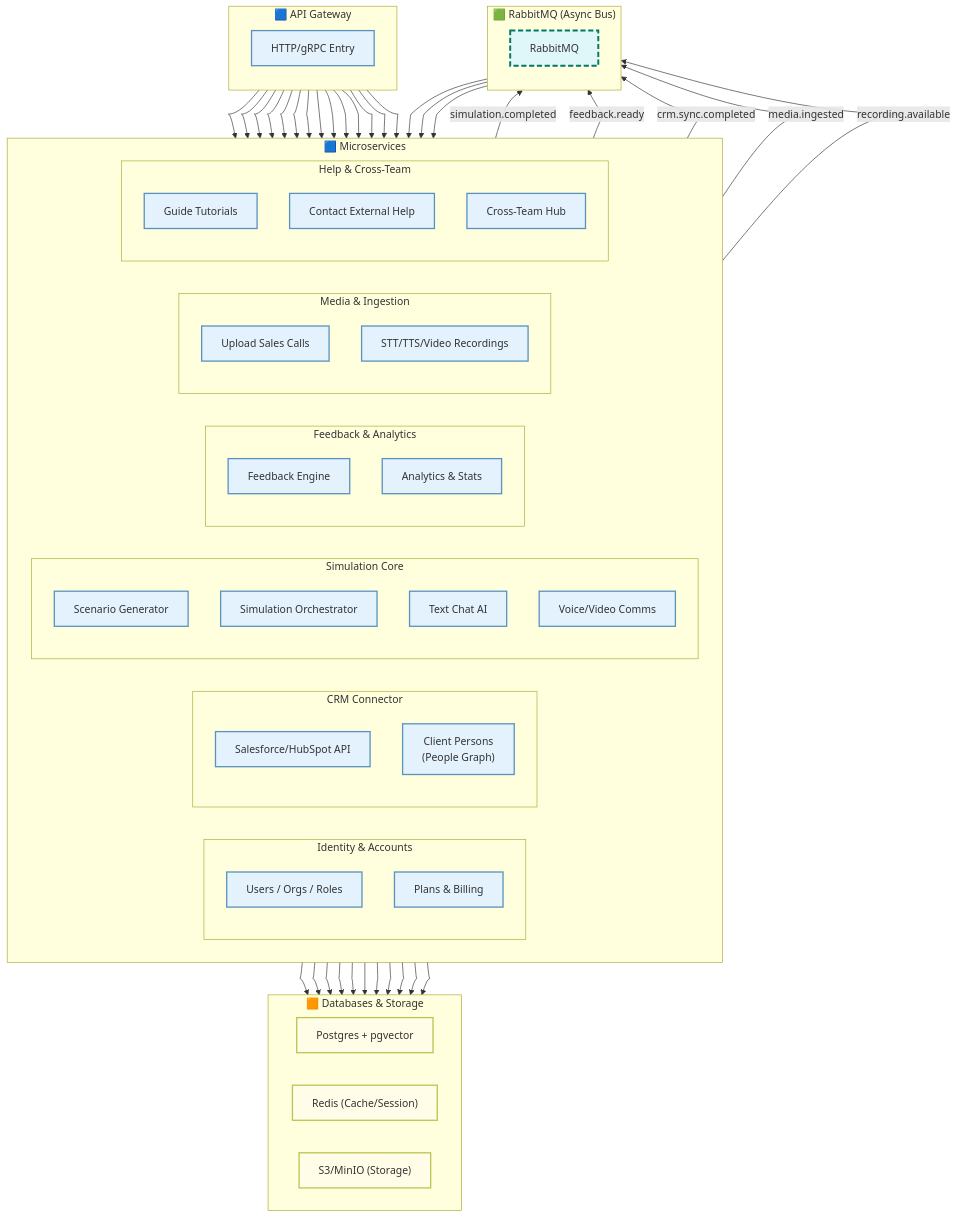
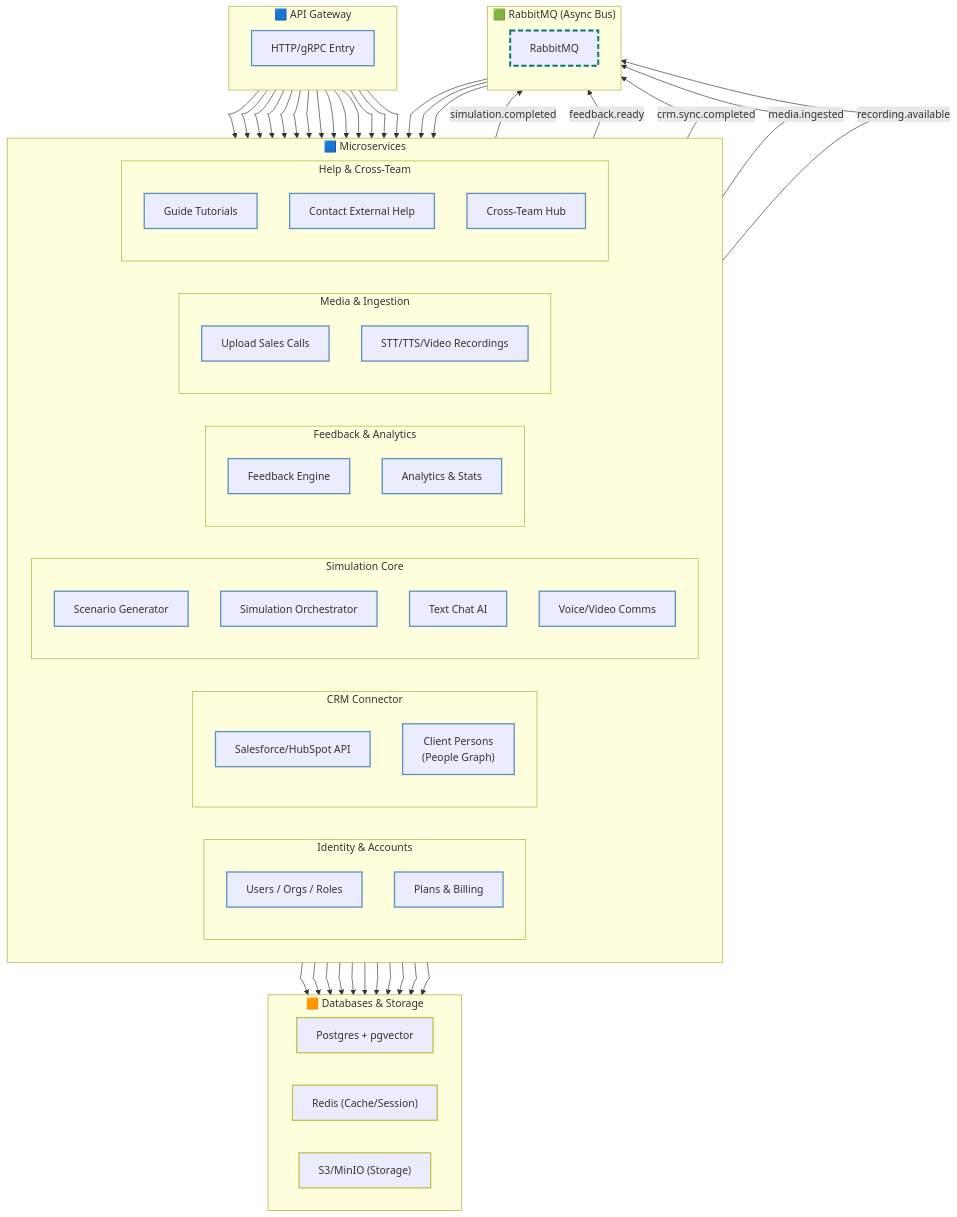
Before and after one commit to MmagdyHafezZ/pitch: the diagram in docs/architecture/Detailed-Graph.mmd, drawn with Mermaid. The commit also changed 21 other files, not shown here.

Commit message:
docs: architecture diagrams for Simulation and User Management

```diff
--- a/docs/architecture/Detailed-Graph.mmd
+++ b/docs/architecture/Detailed-Graph.mmd
@@ -1,120 +1,120 @@
 %%{init: {"flowchart": {"curve": "monotoneX"}} }%%
 flowchart TB
     %% GATEWAY %%
     subgraph Gateway["🟦 API Gateway"]
       direction TB
       G["HTTP/gRPC Entry"]:::svc
     end
 
     %% MICROSERVICES GROUP %%
     subgraph Microservices["🟦 Microservices"]
       direction LR
 
       %% Identity
       subgraph Identity["Identity & Accounts"]
         direction TB
         I1["Users / Orgs / Roles"]:::svc
         I2["Plans & Billing"]:::svc
       end
 
       %% CRM
       subgraph CRM["CRM Connector"]
         direction TB
         C1["Salesforce/HubSpot API"]:::svc
         C2["Client Persons\n(People Graph)"]:::svc
       end
 
       %% Simulation
       subgraph Simulation["Simulation Core"]
         direction TB
         S1["Scenario Generator"]:::svc
         S2["Simulation Orchestrator"]:::svc
         S3["Text Chat AI"]:::svc
         S4["Voice/Video Comms"]:::svc
       end
 
       %% Feedback
       subgraph Feedback["Feedback & Analytics"]
         direction TB
         F1["Feedback Engine"]:::svc
         F2["Analytics & Stats"]:::svc
       end
 
       %% Media
       subgraph Media["Media & Ingestion"]
         direction TB
         M1["Upload Sales Calls"]:::svc
         M2["STT/TTS/Video Recordings"]:::svc
       end
 
       %% Support
       subgraph Support["Help & Cross-Team"]
         direction TB
         H1["Guide Tutorials"]:::svc
         H2["Contact External Help"]:::svc
         H3["Cross-Team Hub"]:::svc
       end
     end
 
     %% RABBITMQ COMMUNICATION LAYER %%
     subgraph Communication["🟩 RabbitMQ (Async Bus)"]
       direction TB
       RQ["RabbitMQ"]:::msg
     end
 
     %% DATABASES GROUP %%
     subgraph Databases["🟧 Databases & Storage"]
       direction LR
       PG["Postgres + pgvector"]:::db
       RS["Redis (Cache/Session)"]:::db
       S3Store["S3/MinIO (Storage)"]:::db
     end
 
     %% FLOWS: Gateway dispatch -->
     G --> I1
     G --> I2
     G --> C1
     G --> C2
     G --> S1
     G --> S2
     G --> S3
     G --> S4
     G --> F1
     G --> F2
     G --> M1
     G --> H1
     G --> H2
     G --> H3
 
     %% FLOWS: Microservices <-> RabbitMQ %%
     S2 -- simulation.completed --> RQ
     F1 -- feedback.ready --> RQ
     C1 -- crm.sync.completed --> RQ
     M1 -- media.ingested --> RQ
     M2 -- recording.available --> RQ
 
     RQ --> F1
     RQ --> F2
     RQ --> H3
 
     %% FLOWS: Microservices to Databases %%
     I1 --> PG
     I2 --> PG
     C1 --> PG
     C2 --> PG
     S1 --> PG
     S2 --> RS
     S3 --> PG
     F1 --> PG
     F2 --> PG
     M1 --> S3Store
     M2 --> S3Store
 
     %% VISUAL STYLES %%
-    classDef svc fill:#e3f2fd,stroke:#5a92be,stroke-width:2px;
-    classDef db fill:#fffde7,stroke:#bec350,stroke-width:2px;
-    classDef msg fill:#e0f7fa,stroke:#00796b,stroke-width:3px,stroke-dasharray: 8 4;
+    classDef svc fill:#fffff,stroke:#5a92be,stroke-width:2px;
+    classDef db fill:#fffff,stroke:#bec350,stroke-width:2px;
+    classDef msg fill:#fffff,stroke:#00796b,stroke-width:3px,stroke-dasharray: 8 4;
 
     class G,I1,I2,C1,C2,S1,S2,S3,S4,F1,F2,M1,M2,H1,H2,H3 svc
     class PG,RS,S3Store db
     class RQ msg
```
